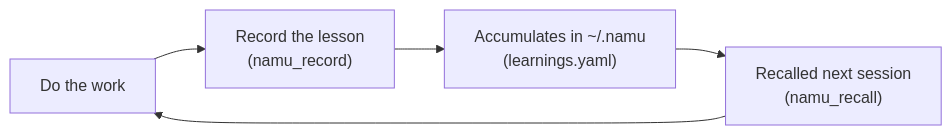
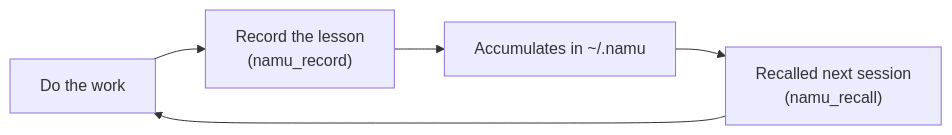
One commit to onmiso-hash/namu-agent changed the diagram in README.md. Above: the diagram before and after it, drawn with Mermaid. The commit also changed other lines of this file and 19 other files, not shown here.

````diff
--- a/README.md
+++ b/README.md
@@ -35,7 +34,7 @@
 ```mermaid
 flowchart LR
     A[Do the work] --> B["Record the lesson<br/>(namu_record)"]
-    B --> C["Accumulates in ~/.namu<br/>(learnings.yaml)"]
+    B --> C["Accumulates in ~/.namu"]
     C --> D["Recalled next session<br/>(namu_recall)"]
     D --> A
 ```
````
